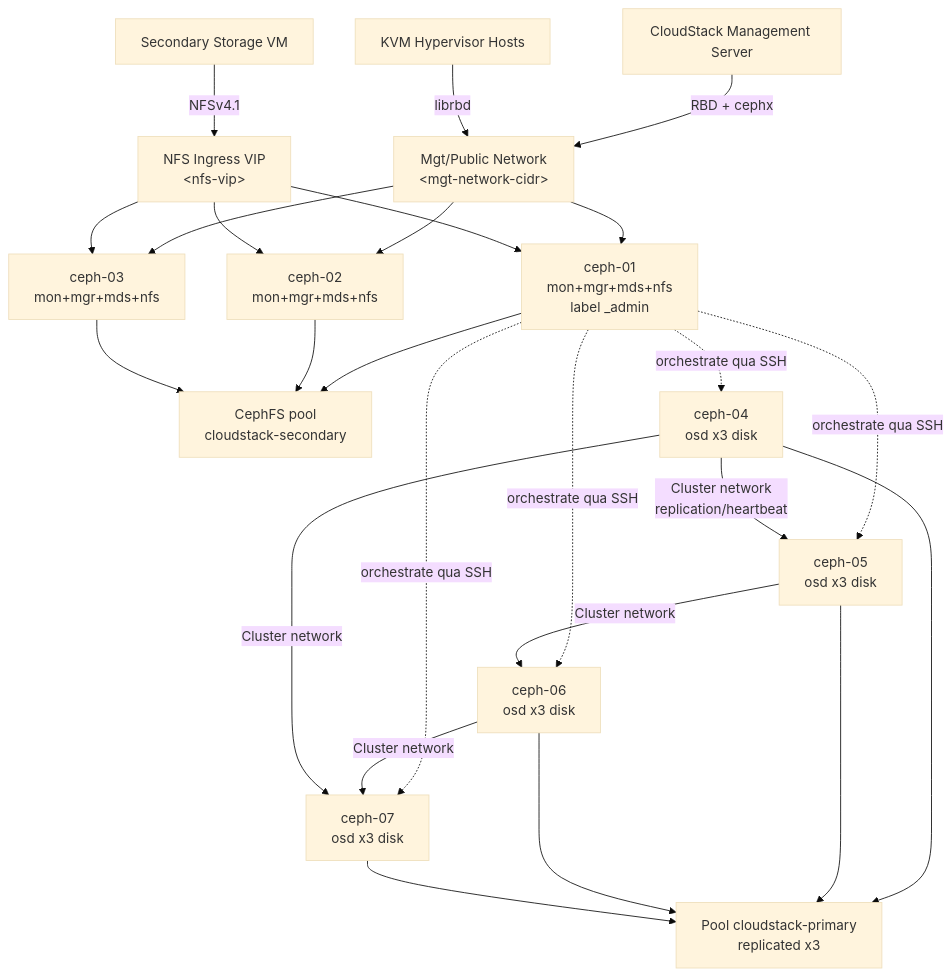
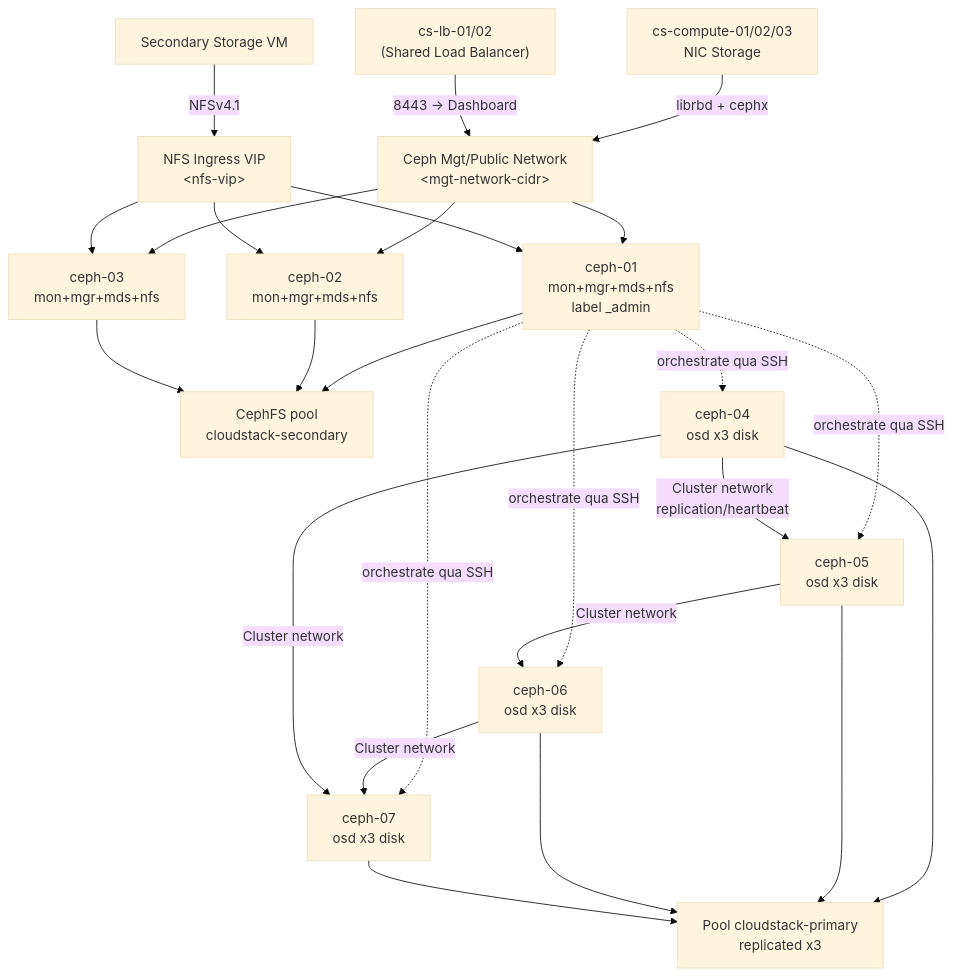
The diagram in Cloud/Ceph/Lab/Ceph Cluster - Triển khai Primary và Secondary Storage cho CloudStack.md (Tn9hia/technotes), drawn with Mermaid (base theme) before and after one commit. The commit also changed other lines of this file and 41 other files, not shown here.

````diff
--- a/Cloud/Ceph/Lab/Ceph Cluster - Triển khai Primary và Secondary Storage cho CloudStack.md
+++ b/Cloud/Ceph/Lab/Ceph Cluster - Triển khai Primary và Secondary Storage cho CloudStack.md
@@ -66,32 +73,32 @@
 ```mermaid
 flowchart TD
-    MGMT[CloudStack Management Server] -- "RBD + cephx" --> PUB["Mgt/Public Network<br/>&lt;mgt-network-cidr&gt;"]
-    KVM[KVM Hypervisor Hosts] -- "librbd" --> PUB
+    KVM["cs-compute-01/02/03<br/>NIC Storage"] -- "librbd + cephx" --> PUB["Ceph Mgt/Public Network<br/>&lt;mgt-network-cidr&gt;"]
     SSVM[Secondary Storage VM] -- "NFSv4.1" --> VIP["NFS Ingress VIP<br/>&lt;nfs-vip&gt;"]
+    LB["cs-lb-01/02<br/>(Shared Load Balancer)"] -- "8443 → Dashboard" --> PUB
 
     PUB --> N1["ceph-01<br/>mon+mgr+mds+nfs<br/>label _admin"]
     PUB --> N2[ceph-02<br/>mon+mgr+mds+nfs]
     PUB --> N3[ceph-03<br/>mon+mgr+mds+nfs]
 
     VIP --> N1
     VIP --> N2
     VIP --> N3
     N1 --> CFS[CephFS pool<br/>cloudstack-secondary]
     N2 --> CFS
     N3 --> CFS
 
     N1 -. "orchestrate qua SSH" .-> N4
     N1 -. "orchestrate qua SSH" .-> N5
     N1 -. "orchestrate qua SSH" .-> N6
     N1 -. "orchestrate qua SSH" .-> N7
 
     N4[ceph-04<br/>osd x3 disk] --> RBD[Pool cloudstack-primary<br/>replicated x3]
     N5[ceph-05<br/>osd x3 disk] --> RBD
     N6[ceph-06<br/>osd x3 disk] --> RBD
     N7[ceph-07<br/>osd x3 disk] --> RBD
 
     N4 -- "Cluster network<br/>replication/heartbeat" --> N5
     N5 -- "Cluster network" --> N6
     N6 -- "Cluster network" --> N7
     N4 -- "Cluster network" --> N7
 ```
````
